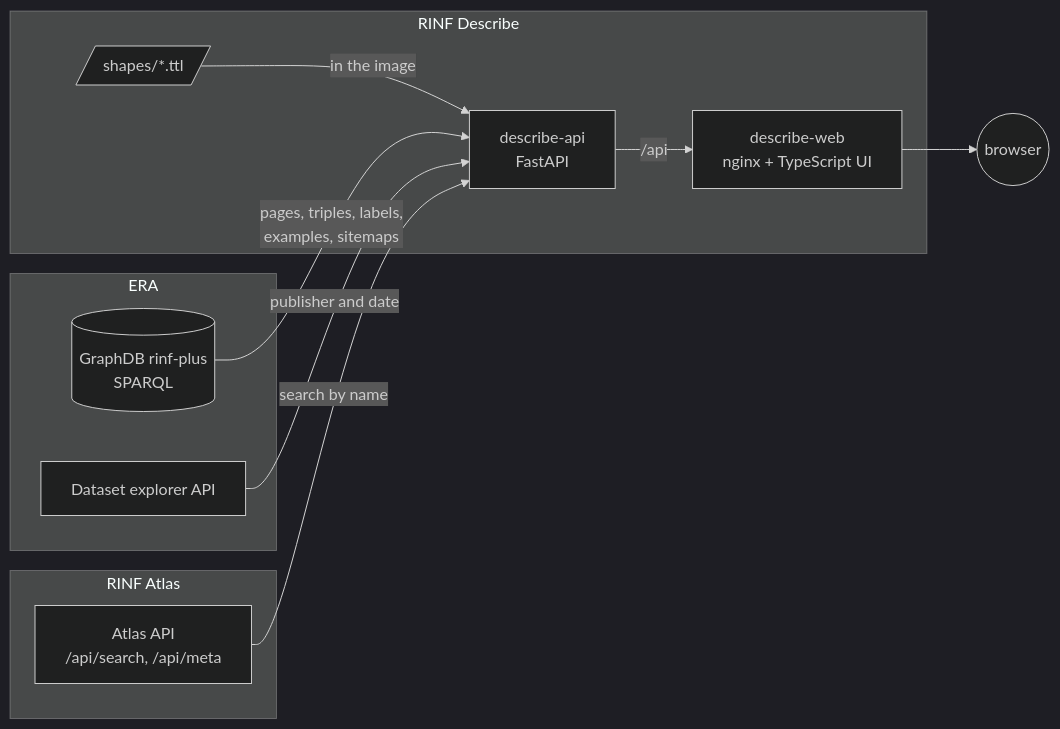
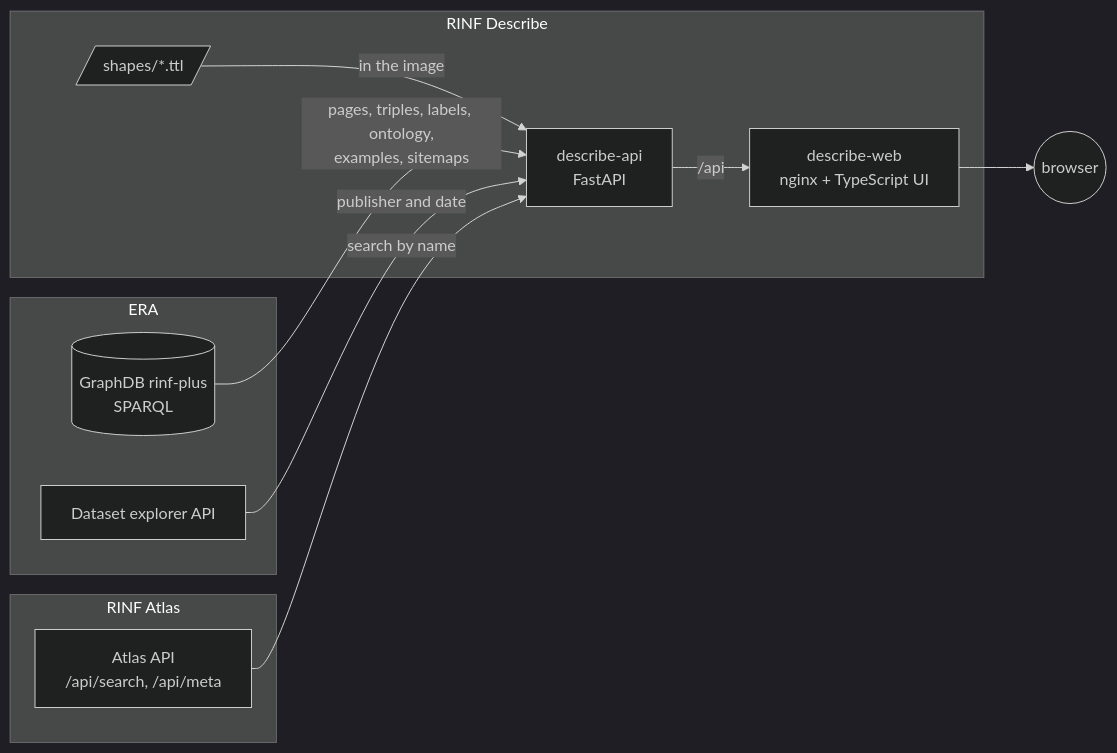
One commit to Matdata-eu/rinf-describe changed the diagram in docs/architecture.md. Above: the diagram before and after it, drawn with Mermaid (dark theme). The commit also changed other lines of this file and 33 other files, not shown here.

````diff
--- a/docs/architecture.md
+++ b/docs/architecture.md
@@ -8,21 +8,21 @@
 ```mermaid
 flowchart LR
   subgraph ERA
     EXP[Dataset explorer API]
     GDB[(GraphDB rinf-plus<br/>SPARQL)]
   end
   subgraph RINF Atlas
     AAPI[Atlas API<br/>/api/search, /api/meta]
   end
   subgraph RINF Describe
     S[/shapes/*.ttl/]
     API[describe-api<br/>FastAPI]
     WEB[describe-web<br/>nginx + TypeScript UI]
   end
   S -- in the image --> API
-  GDB -- pages, triples, labels,<br/>examples, sitemaps --> API
+  GDB -- pages, triples, labels, ontology,<br/>examples, sitemaps --> API
   EXP -- publisher and date --> API
   AAPI -- search by name --> API
   API -- /api --> WEB
   WEB --> U((browser))
 ```
````
